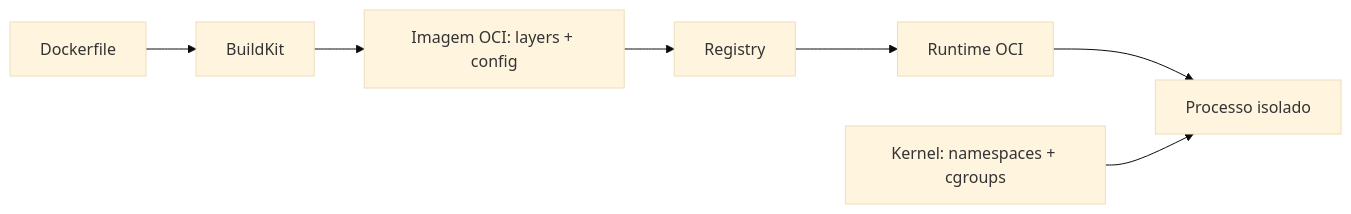
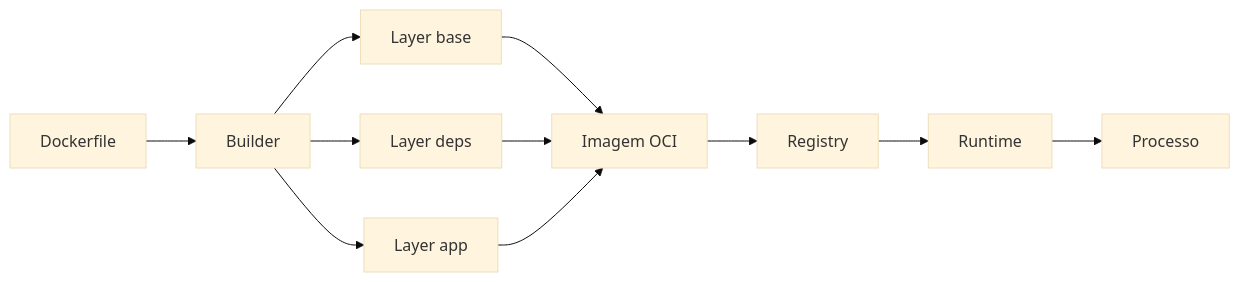
One commit to blasther12/alexandria changed the second of 2 diagrams in containers/README.md. Above: the diagram before and after it, drawn with Mermaid (base theme). The commit also changed other lines of this file, not shown here.

Commit message:
docs(containers): deepen namespaces, cgroups, lifecycle and supply chain

````diff
--- a/containers/README.md
+++ b/containers/README.md
@@ -13,9 +105,13 @@
 ```mermaid
 flowchart LR
-    D[Dockerfile] --> B[BuildKit]
-    B --> I[Imagem OCI: layers + config]
-    I --> R[Registry]
-    R --> C[Runtime OCI]
-    C --> P[Processo isolado]
-    K[Kernel: namespaces + cgroups] --> P
+    D[Dockerfile] --> B[Builder]
+    B --> L1[Layer base]
+    B --> L2[Layer deps]
+    B --> L3[Layer app]
+    L1 --> IMG[Imagem OCI]
+    L2 --> IMG
+    L3 --> IMG
+    IMG --> REG[Registry]
+    REG --> RT[Runtime]
+    RT --> PROC[Processo]
 ```
````
